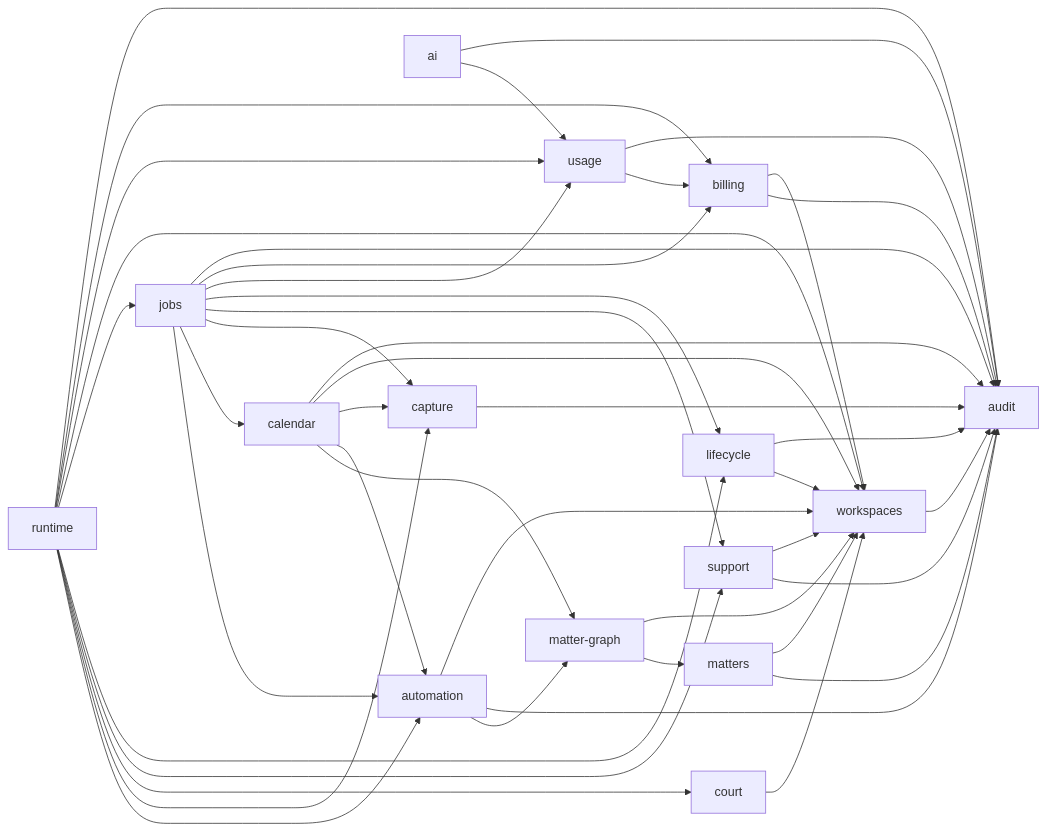
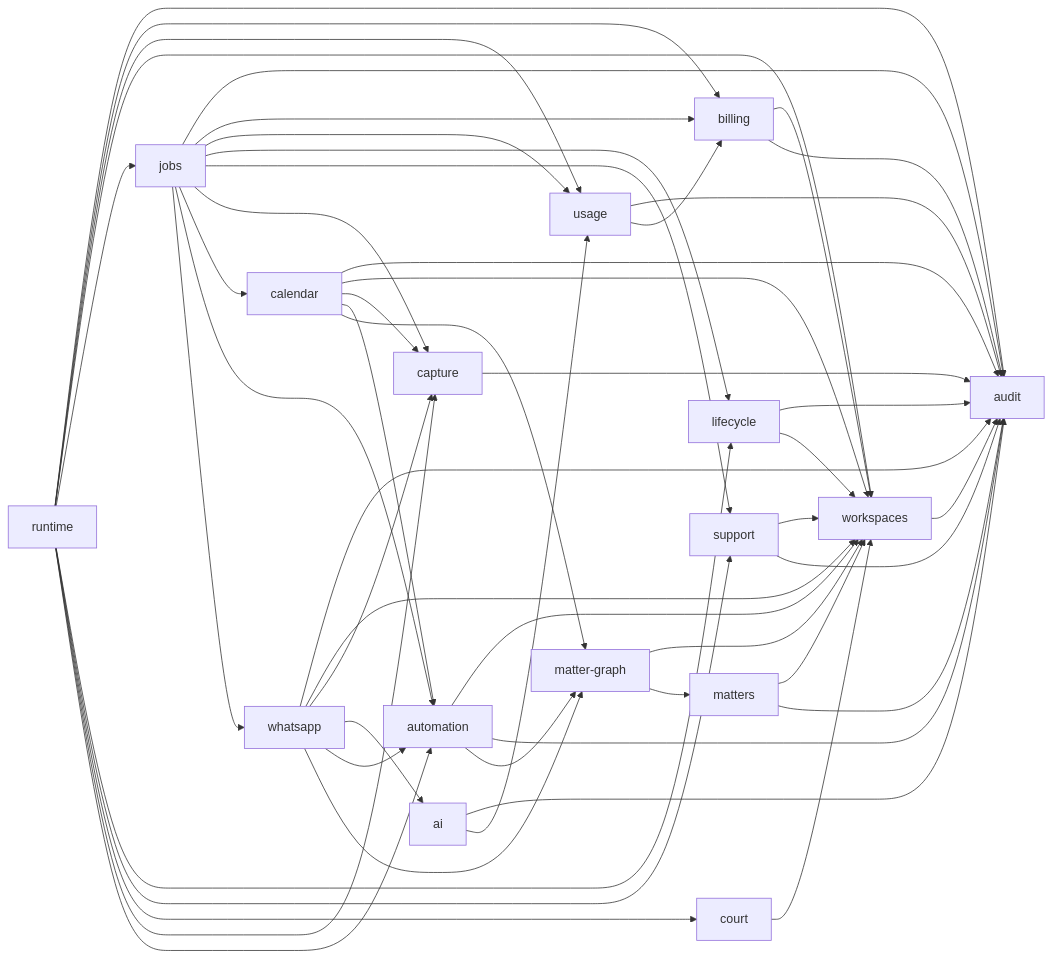
One commit to RapierCraftStudios/causedeck changed the diagram in docs/engineering/core-domains.md. Above: the diagram before and after it, drawn with Mermaid. The commit also changed other lines of this file and 17 other files, not shown here.

Commit message:
feat(capture): whatsapp import structuring, proposals and upload api (#526)

````diff
--- a/docs/engineering/core-domains.md
+++ b/docs/engineering/core-domains.md
@@ -62,46 +63,53 @@
 ```mermaid
 graph LR
   workspaces --> audit
   matters --> workspaces
   matters --> audit
   court --> workspaces
   matter-graph --> workspaces
   matter-graph --> matters
   automation --> workspaces
   automation --> audit
   automation --> matter-graph
   billing --> workspaces
   billing --> audit
   usage --> audit
   usage --> billing
   ai --> audit
   ai --> usage
   lifecycle --> audit
   lifecycle --> workspaces
   support --> workspaces
   support --> audit
   capture --> audit
   jobs --> audit
   jobs --> billing
   jobs --> usage
   jobs --> lifecycle
   jobs --> support
   jobs --> capture
   jobs --> calendar
   jobs --> automation
   calendar --> audit
   calendar --> workspaces
   calendar --> capture
   calendar --> automation
   calendar --> matter-graph
+  whatsapp --> audit
+  whatsapp --> workspaces
+  whatsapp --> capture
+  whatsapp --> ai
+  whatsapp --> automation
+  whatsapp --> matter-graph
+  jobs --> whatsapp
   runtime --> audit
   runtime --> billing
   runtime --> usage
   runtime --> workspaces
   runtime --> jobs
   runtime --> lifecycle
   runtime --> support
   runtime --> court
   runtime --> capture
   runtime --> automation
 ```
````
